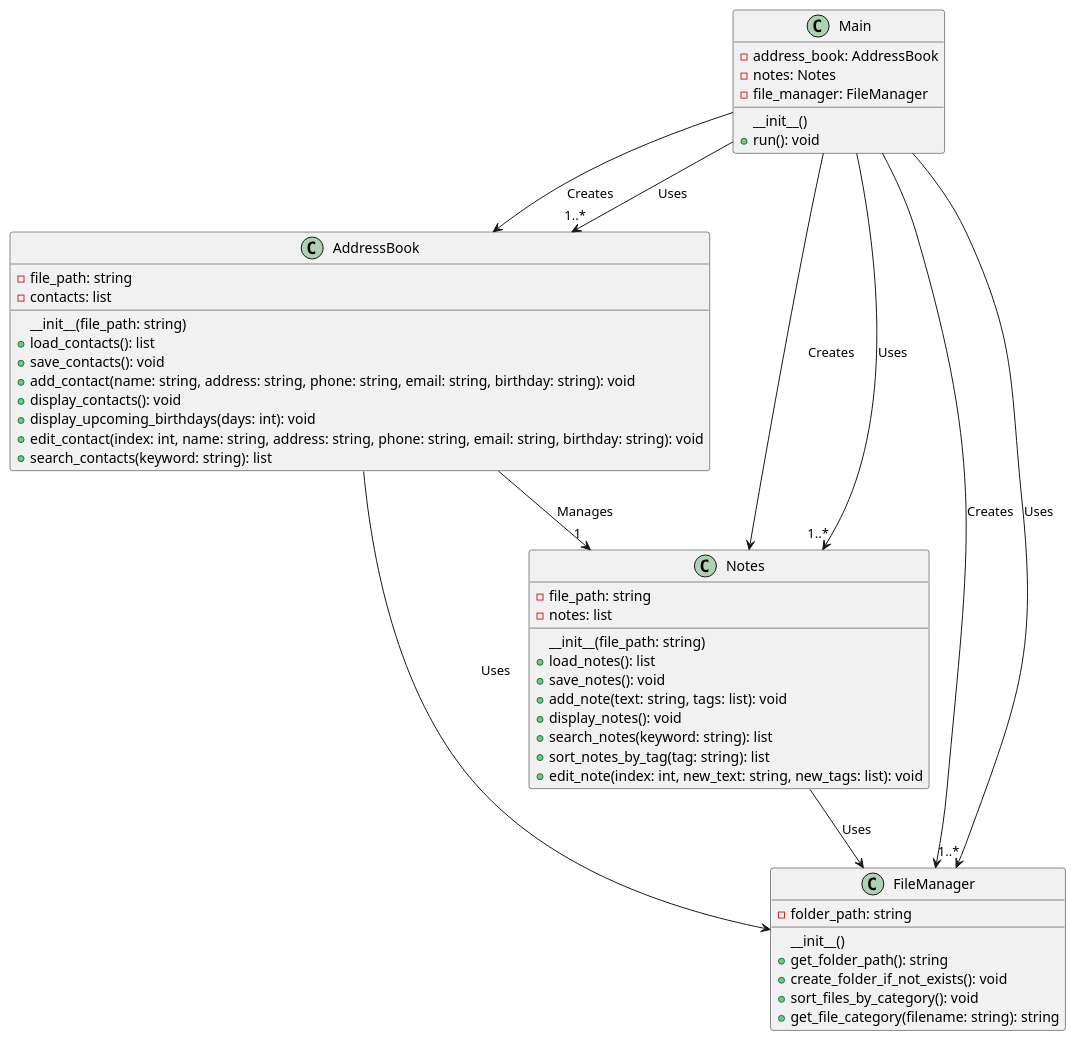
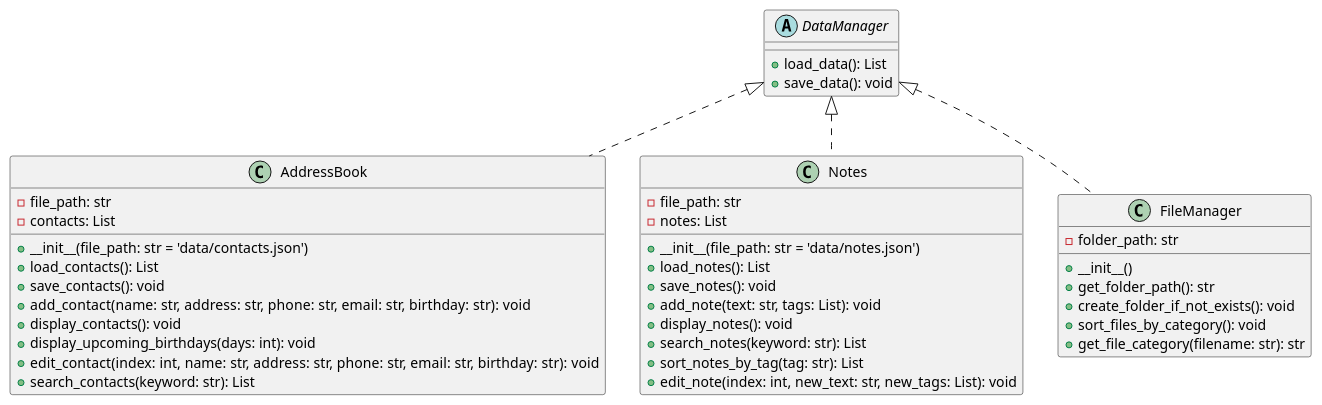
One commit to freshdeadboy/my_first_personal_project changed the diagram in uml.plantuml. Above: the diagram before and after it, drawn with PlantUML. The commit also changed 3 other files, not shown here.

```diff
--- a/uml.plantuml
+++ b/uml.plantuml
@@ -1,54 +1,50 @@
 @startuml
+
+abstract class DataManager {
+    +load_data(): List
+    +save_data(): void
+}
+
 class AddressBook {
-    - file_path: string
-    - contacts: list
-    __init__(file_path: string)
-    + load_contacts(): list
-    + save_contacts(): void
-    + add_contact(name: string, address: string, phone: string, email: string, birthday: string): void
-    + display_contacts(): void
-    + display_upcoming_birthdays(days: int): void
-    + edit_contact(index: int, name: string, address: string, phone: string, email: string, birthday: string): void
-    + search_contacts(keyword: string): list
+    -file_path: str
+    -contacts: List
+
+    +__init__(file_path: str = 'data/contacts.json')
+    +load_contacts(): List
+    +save_contacts(): void
+    +add_contact(name: str, address: str, phone: str, email: str, birthday: str): void
+    +display_contacts(): void
+    +display_upcoming_birthdays(days: int): void
+    +edit_contact(index: int, name: str, address: str, phone: str, email: str, birthday: str): void
+    +search_contacts(keyword: str): List
 }
 
 class Notes {
-    - file_path: string
-    - notes: list
-    __init__(file_path: string)
-    + load_notes(): list
-    + save_notes(): void
-    + add_note(text: string, tags: list): void
-    + display_notes(): void
-    + search_notes(keyword: string): list
-    + sort_notes_by_tag(tag: string): list
-    + edit_note(index: int, new_text: string, new_tags: list): void
+    -file_path: str
+    -notes: List
+
+    +__init__(file_path: str = 'data/notes.json')
+    +load_notes(): List
+    +save_notes(): void
+    +add_note(text: str, tags: List): void
+    +display_notes(): void
+    +search_notes(keyword: str): List
+    +sort_notes_by_tag(tag: str): List
+    +edit_note(index: int, new_text: str, new_tags: List): void
 }
 
 class FileManager {
-    - folder_path: string
-    __init__()
-    + get_folder_path(): string
-    + create_folder_if_not_exists(): void
-    + sort_files_by_category(): void
-    + get_file_category(filename: string): string
+    -folder_path: str
+
+    +__init__()
+    +get_folder_path(): str
+    +create_folder_if_not_exists(): void
+    +sort_files_by_category(): void
+    +get_file_category(filename: str): str
 }
 
-class Main {
-    - address_book: AddressBook
-    - notes: Notes
-    - file_manager: FileManager
-    __init__()
-    + run(): void
-}
+DataManager <|.. AddressBook
+DataManager <|.. Notes
+DataManager <|.. FileManager
 
-AddressBook --> "1" Notes : Manages
-AddressBook --> FileManager : Uses
-Notes --> FileManager : Uses
-Main --> AddressBook : Creates
-Main --> Notes : Creates
-Main --> FileManager : Creates
-Main --> "1..*" AddressBook : Uses
-Main --> "1..*" Notes : Uses
-Main --> "1..*" FileManager : Uses
 @enduml
```
